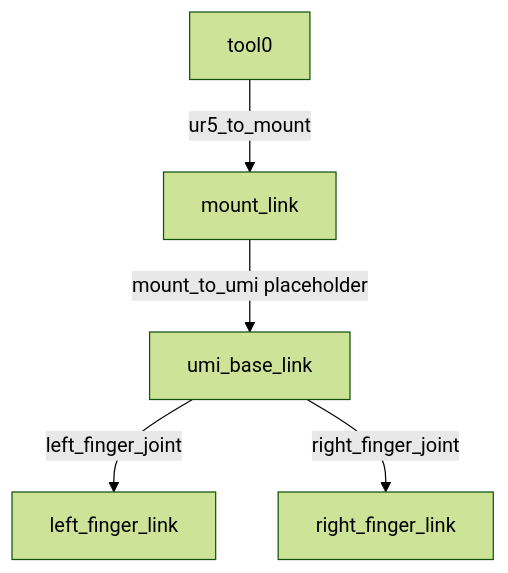
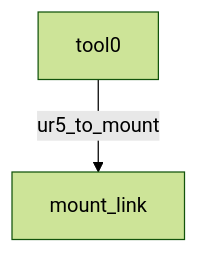
One commit to meizhaole/umi changed the diagram in robot-sim/public/robot/ur_umi_real/README.md. Above: the diagram before and after it, drawn with Mermaid (forest theme). The commit also changed other lines of this file and 58 other files, not shown here.

````diff
--- a/robot-sim/public/robot/ur_umi_real/README.md
+++ b/robot-sim/public/robot/ur_umi_real/README.md
@@ -21,7 +5,4 @@
 ```mermaid
 graph TD
     tool0 -->|ur5_to_mount| mount_link
-    mount_link -->|mount_to_umi placeholder| umi_base_link
-    umi_base_link -->|left_finger_joint| left_finger_link
-    umi_base_link -->|right_finger_joint| right_finger_link
 ```
````
